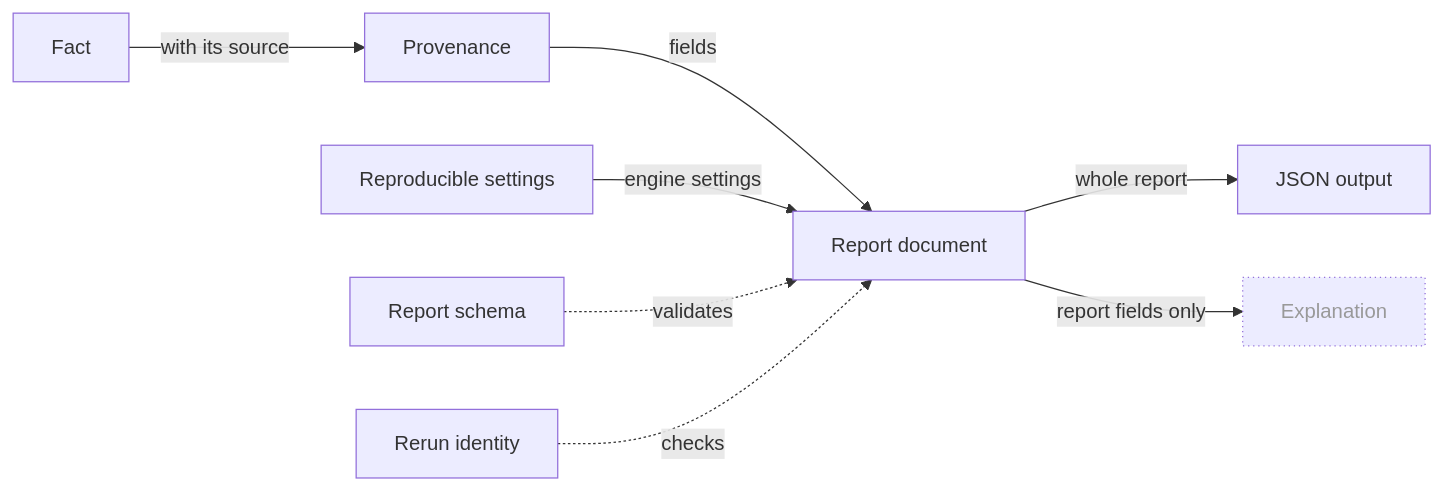
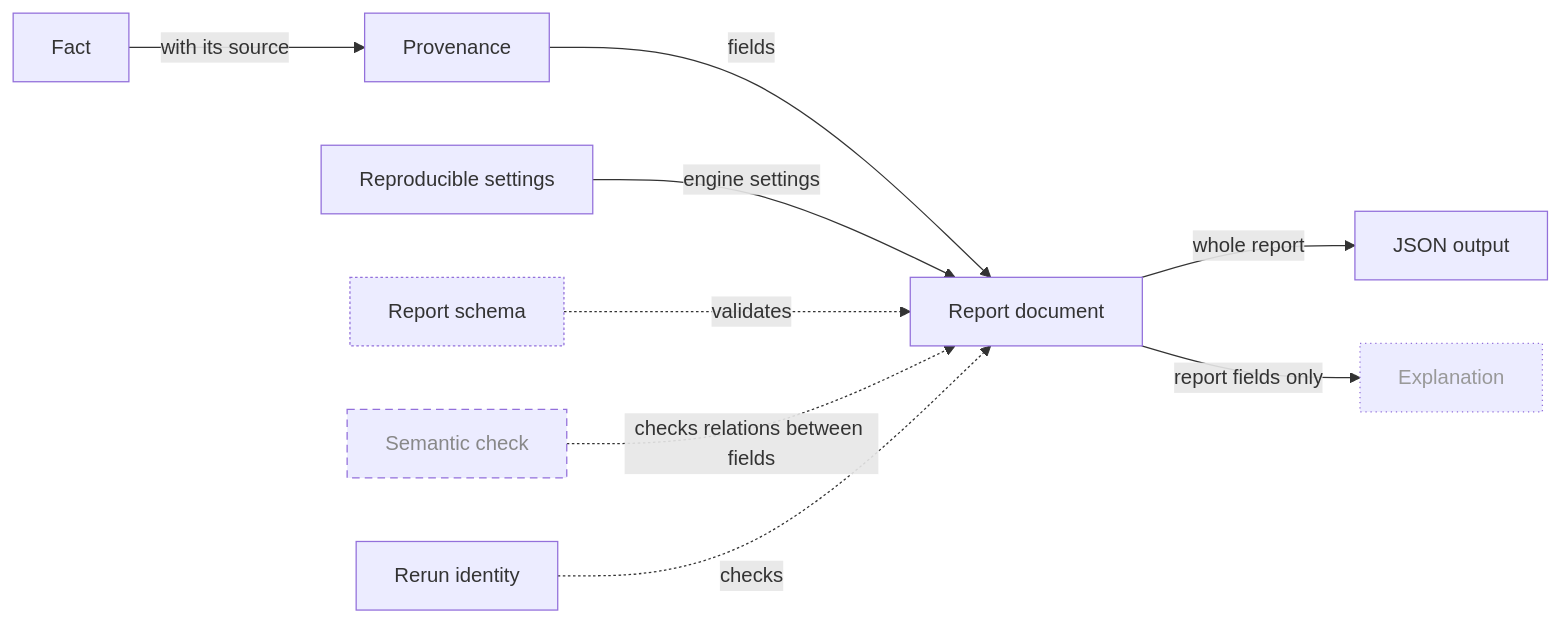
Before and after one commit to aurja/ChessWhy: the tenth of 21 diagrams in Planning/DBC/CONCEPTS.md, drawn with Mermaid. The commit also changed other lines of this file and 5 other files, not shown here.

````diff
--- a/Planning/DBC/CONCEPTS.md
+++ b/Planning/DBC/CONCEPTS.md
@@ -429,22 +440,26 @@
 ```mermaid
 flowchart LR
     Fact["Fact"]
     Provenance["Provenance"]
     Reproducible["Reproducible settings"]
     ReportDocument["Report document"]
     ReportSchema["Report schema"]
+    SemanticCheck["Semantic check"]
     RerunIdentity["Rerun identity"]
     JsonOutput["JSON output"]
     Explanation["Explanation"]
     Fact -->|with its source| Provenance
     Provenance -->|fields| ReportDocument
     Reproducible -->|engine settings| ReportDocument
     ReportSchema -.->|validates| ReportDocument
+    SemanticCheck -.->|checks relations between fields| ReportDocument
     RerunIdentity -.->|checks| ReportDocument
     ReportDocument -->|whole report| JsonOutput
     ReportDocument -->|report fields only| Explanation
     classDef planned stroke-dasharray:6 4,color:#888
     classDef partial stroke-dasharray:2 2
     classDef external stroke-dasharray:1 3,color:#999
     class Explanation external
+    class ReportSchema partial
+    class SemanticCheck planned
 ```
````
